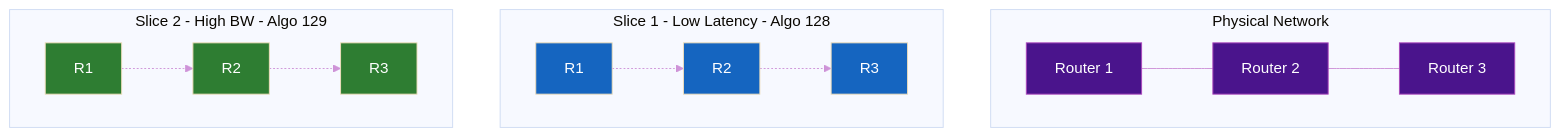
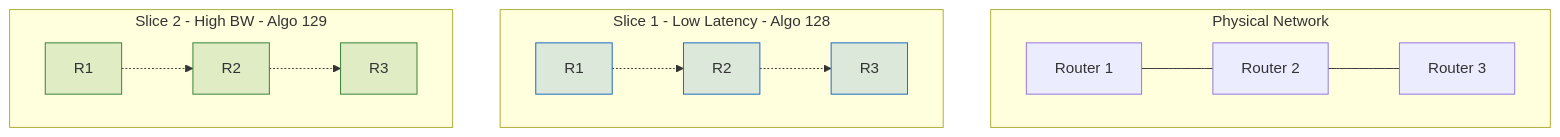
The second of 2 diagrams in docs/topics/flex-algorithm.md (eldaninavas/srv6.md), drawn with Mermaid before and after one commit. The commit also changed other lines of this file and 29 other files, not shown here.

First line of the commit message:
fix(mermaid): apply theme-aware colors site-wide

````diff
--- a/docs/topics/flex-algorithm.md
+++ b/docs/topics/flex-algorithm.md
@@ -73,28 +67,24 @@
 ```mermaid
-%%{init: {"theme": "base", "themeVariables": {"primaryTextColor": "#fff", "lineColor": "#ce93d8", "textColor": "#fff"}}}%%
 graph TB
     subgraph Physical Network
         direction LR
         R1[Router 1] --- R2[Router 2] --- R3[Router 3]
     end
 
     subgraph Slice 1 - Low Latency - Algo 128
         direction LR
         S1R1[R1] -.-> S1R2[R2] -.-> S1R3[R3]
     end
 
     subgraph Slice 2 - High BW - Algo 129
         direction LR
         S2R1[R1] -.-> S2R2[R2] -.-> S2R3[R3]
     end
 
-    style R1 fill:#4a148c,color:#fff,stroke:#ab47bc
-    style R2 fill:#4a148c,color:#fff,stroke:#ab47bc
-    style R3 fill:#4a148c,color:#fff,stroke:#ab47bc
-    style S1R1 fill:#1565c0,color:#fff
-    style S1R2 fill:#1565c0,color:#fff
-    style S1R3 fill:#1565c0,color:#fff
-    style S2R1 fill:#2e7d32,color:#fff
-    style S2R2 fill:#2e7d32,color:#fff
-    style S2R3 fill:#2e7d32,color:#fff
+    style S1R1 fill:#1565c026,stroke:#1565c0
+    style S1R2 fill:#1565c026,stroke:#1565c0
+    style S1R3 fill:#1565c026,stroke:#1565c0
+    style S2R1 fill:#2e7d3226,stroke:#2e7d32
+    style S2R2 fill:#2e7d3226,stroke:#2e7d32
+    style S2R3 fill:#2e7d3226,stroke:#2e7d32
 ```
````
